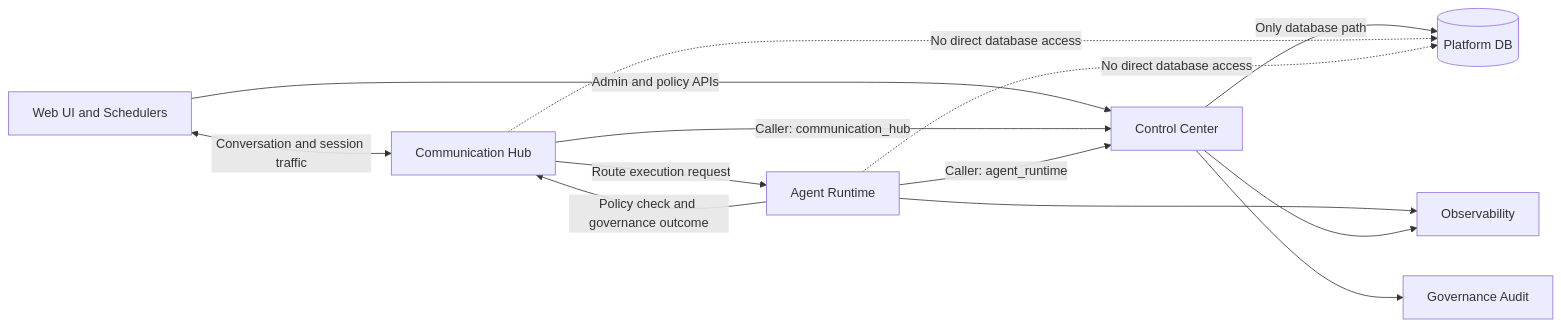
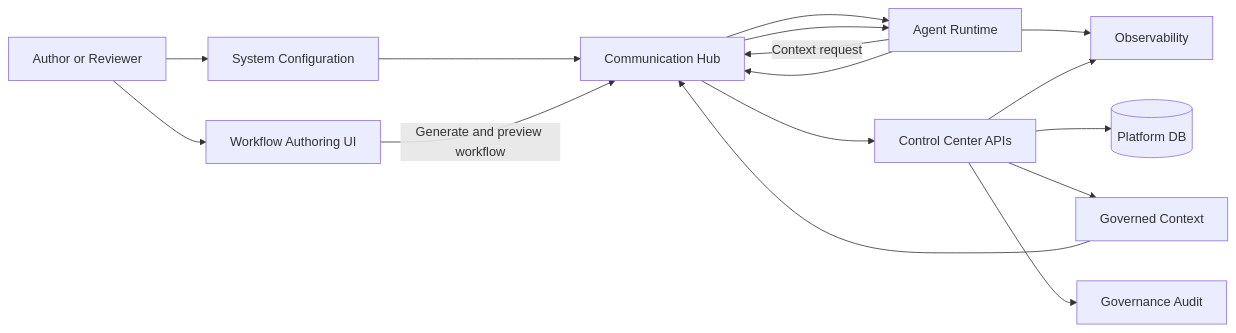
One commit to hurungang/parthenon changed the first of 2 diagrams in docs/master/architecture/system-overview.md. Above: the diagram before and after it, drawn with Mermaid. The commit also changed other lines of this file and 39 other files, not shown here.

````diff
--- a/docs/master/architecture/system-overview.md
+++ b/docs/master/architecture/system-overview.md
@@ -3,23 +3,29 @@
 ```mermaid
 flowchart LR
-    UI[Web UI and Schedulers]
+    AU[Author or Reviewer]
+    UI[Workflow Authoring UI]
+    CFG[System Configuration]
     CH[Communication Hub]
     AR[Agent Runtime]
-    CC[Control Center]
+    CCA[Control Center APIs]
+    CCTX[Governed Context]
     DB[(Platform DB)]
     OBS[Observability]
     AUD[Governance Audit]
 
-    UI <-->|Conversation and session traffic| CH
-    CH -->|Route execution request| AR
-    UI -->|Admin and policy APIs| CC
-    AR -->|Policy check and governance outcome| CH
-    CH -->|Caller: communication_hub| CC
-    AR -->|Caller: agent_runtime| CC
-    CC -->|Only database path| DB
-    CH -.->|No direct database access| DB
-    AR -.->|No direct database access| DB
+    AU --> UI
+    AU --> CFG
+    CFG --> CH
+    UI -->|Generate and preview workflow| CH
+    CH --> AR
+    AR -->|Context request| CH
+    CH --> CCA
+    CCA --> DB
+    CCA --> CCTX
+    CCTX --> CH
+    CH --> AR
+    AR --> CH
     AR --> OBS
-    CC --> OBS
-    CC --> AUD
+    CCA --> OBS
+    CCA --> AUD
 ```
````
